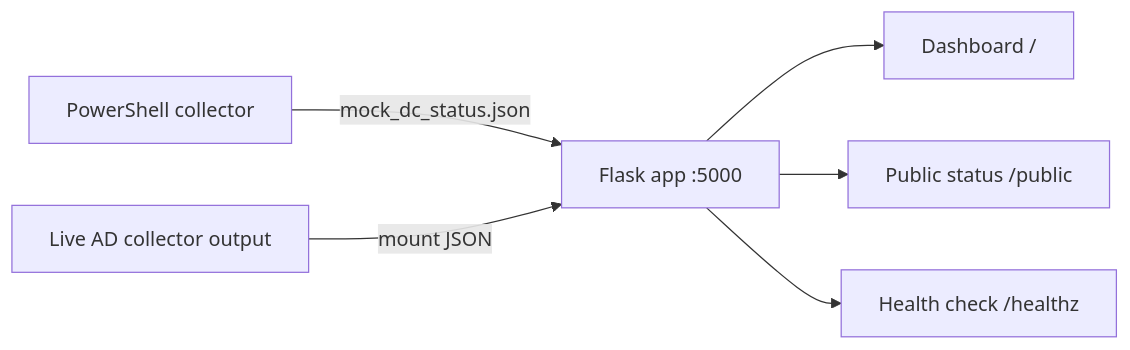
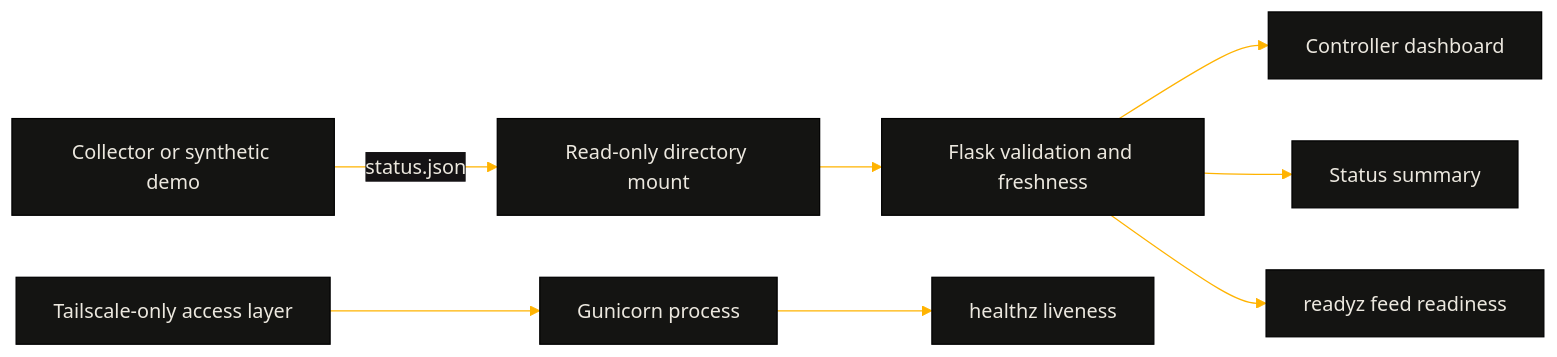
The diagram in README.md (OneByJorah/dirvex), drawn with Mermaid before and after one commit. The commit also changed other lines of this file and 35 other files, not shown here.

````diff
--- a/README.md
+++ b/README.md
@@ -71,8 +73,11 @@
-```mermaid
+~~~mermaid
+%%{init: {'theme':'base','themeVariables':{'background':'#0a0a09','primaryColor':'#141412','primaryTextColor':'#ECE8DF','lineColor':'#FFB300','fontFamily':'JetBrains Mono'}}}%%
 flowchart LR
-    A[PowerShell collector] -->|mock_dc_status.json| B[Flask app :5000]
-    C[Live AD collector output] -->|mount JSON| B
-    B --> D[Dashboard /]
-    B --> E[Public status /public]
-    B --> F[Health check /healthz]
-```
+    A[Collector or synthetic demo] -->|status.json| B[Read-only directory mount]
+    B --> C[Flask validation and freshness]
+    C --> D[Controller dashboard]
+    C --> E[Status summary]
+    F[Gunicorn process] --> G[healthz liveness]
+    C --> H[readyz feed readiness]
+    I[Tailscale-only access layer] --> F
+~~~
````
